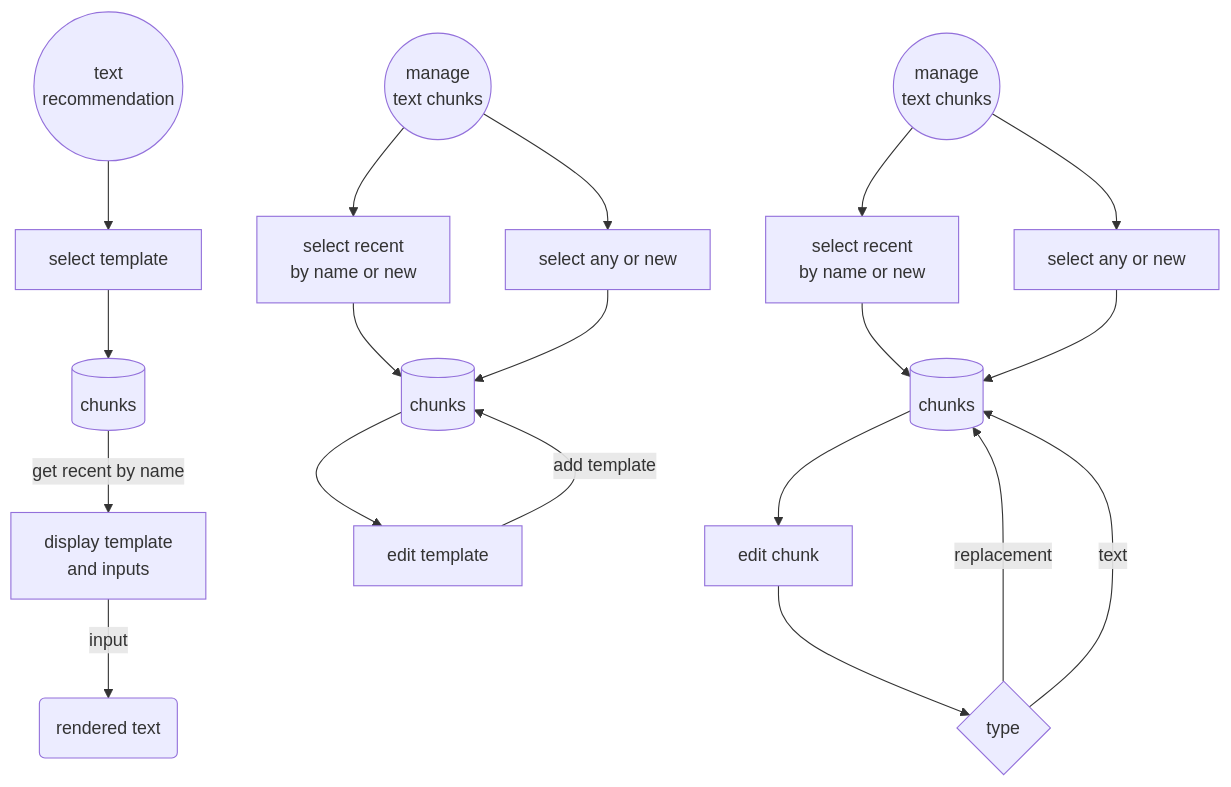
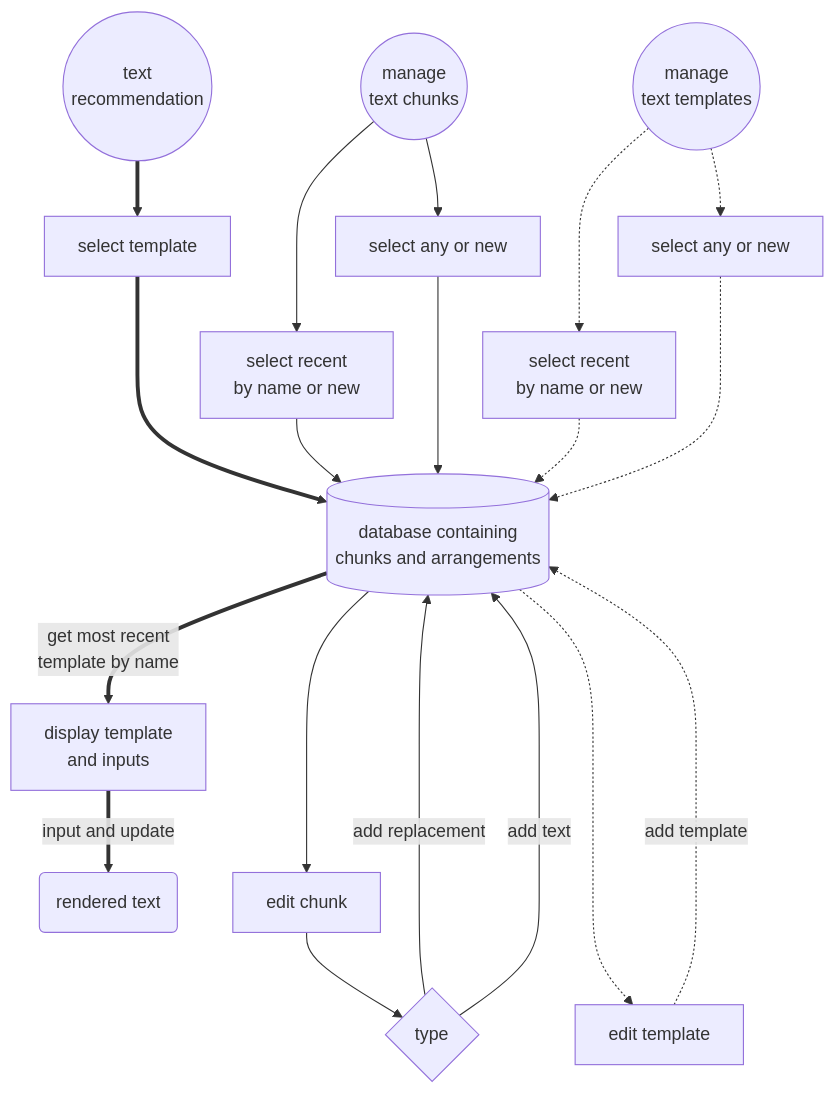
One commit to erroronline1/caro changed the second of 9 diagrams in readme.md. Above: the diagram before and after it, drawn with Mermaid. The commit also changed other lines of this file and 1 other file, not shown here.

Commit message:
flowcharts updates

````diff
--- a/readme.md
+++ b/readme.md
@@ -414,31 +412,31 @@
 ```mermaid
 graph TD;
     textrecommendation(("text
-    recommendation")) -->select[select template];
-    select -->chunks[(chunks)];
-    chunks-->|get recent by name|display["display template
+    recommendation"))==>select[select template];
+    select===>chunks[("database containing
+    chunks and arrangements")];
+    chunks==>|"get most recent
+    template by name"|display["display template
     and inputs"];
-    display -->|input|render(rendered text);
+    display==>|input and update|render(rendered text);
 
     managechunks(("manage
-    text chunks")) -->select2["select recent
+    text chunks"))--->select2["select recent
     by name or new"];
-    managechunks(("manage
-    text chunks")) -->select3["select any or new"];
-    select2-->chunks2[(chunks)];
-    select3-->chunks2;
-    chunks2 -->editchunk[edit chunk];
-    editchunk -->type{type};
-    type -->|replacement|chunks2;
-    type -->|text|chunks2;
+    managechunks-->select3["select any or new"];
+    select2-->chunks;
+    select3--->chunks;
+    chunks--->editchunk[edit chunk];
+    editchunk-->type{type};
+    type--->|"add replacement"|chunks;
+    type-->|"add text"|chunks;
     
-    managetemplates(("manage
-    text templates")) -->select4["select recent
+    managetemplate(("manage
+    text templates"))-..->select4["select recent
     by name or new"];
-    managetemplates(("manage
-    text chunks")) -->select5["select any or new"];
-    select4-->chunks3[(chunks)];
-    select5-->chunks3;
-    chunks3 -->edittemplate[edit template];
-    edittemplate -->|add template|chunks3;
+    managetemplate-.->select5["select any or new"];
+    select4-.->chunks;
+    select5-..->chunks;
+    chunks-...->edittemplate[edit template];
+    edittemplate-.->|add template|chunks;
 ```
````
